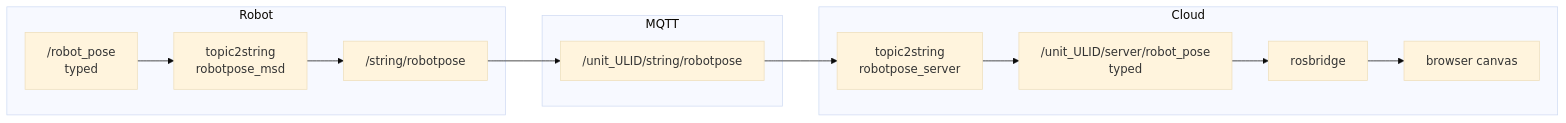
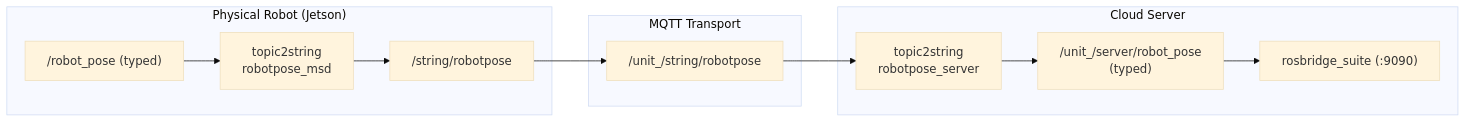
One commit to itbdelaboprogramming/msd700_documentation changed the third of 5 diagrams in docs/development/message-contracts.md. Above: the diagram before and after it, drawn with Mermaid (base theme). The commit also changed other lines of this file and 16 other files, not shown here.

Commit message:
docs: overhaul documentation structure and clarify fleet addressing and command schemas

````diff
--- a/docs/development/message-contracts.md
+++ b/docs/development/message-contracts.md
@@ -402,15 +336,17 @@
 ```mermaid
 flowchart LR
-  subgraph R["Robot"]
-    T1["/robot_pose<br/>typed"] --> S1["topic2string<br/>robotpose_msd"]
-    S1 --> S2["/string/robotpose"]
+  subgraph Unit["Physical Robot (Jetson)"]
+    T_POSE["/robot_pose (typed)"] --> S_POSE["topic2string<br/>robotpose_msd"]
+    S_POSE --> O_POSE["/string/robotpose"]
   end
-  subgraph B["MQTT"]
-    S2 --> M["/unit_ULID/string/robotpose"]
+
+  subgraph Broker["MQTT Transport"]
+    O_POSE --> M_POSE["/unit_<ULID>/string/robotpose"]
   end
-  subgraph C["Cloud"]
-    M --> D1["topic2string<br/>robotpose_server"]
-    D1 --> D2["/unit_ULID/server/robot_pose<br/>typed"]
-    D2 --> RB["rosbridge"] --> BR["browser canvas"]
+
+  subgraph Cloud["Cloud Server"]
+    M_POSE --> D_POSE["topic2string<br/>robotpose_server"]
+    D_POSE --> C_POSE["/unit_<ULID>/server/robot_pose<br/>(typed)"]
+    C_POSE --> ROSBRIDGE["rosbridge_suite (:9090)"]
   end
 ```
````
